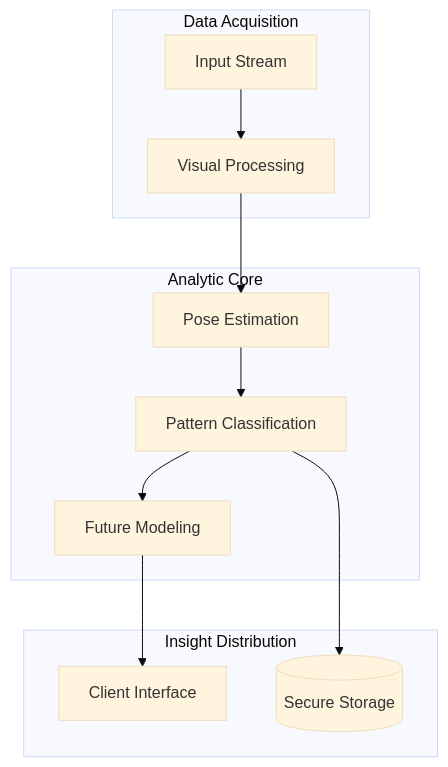
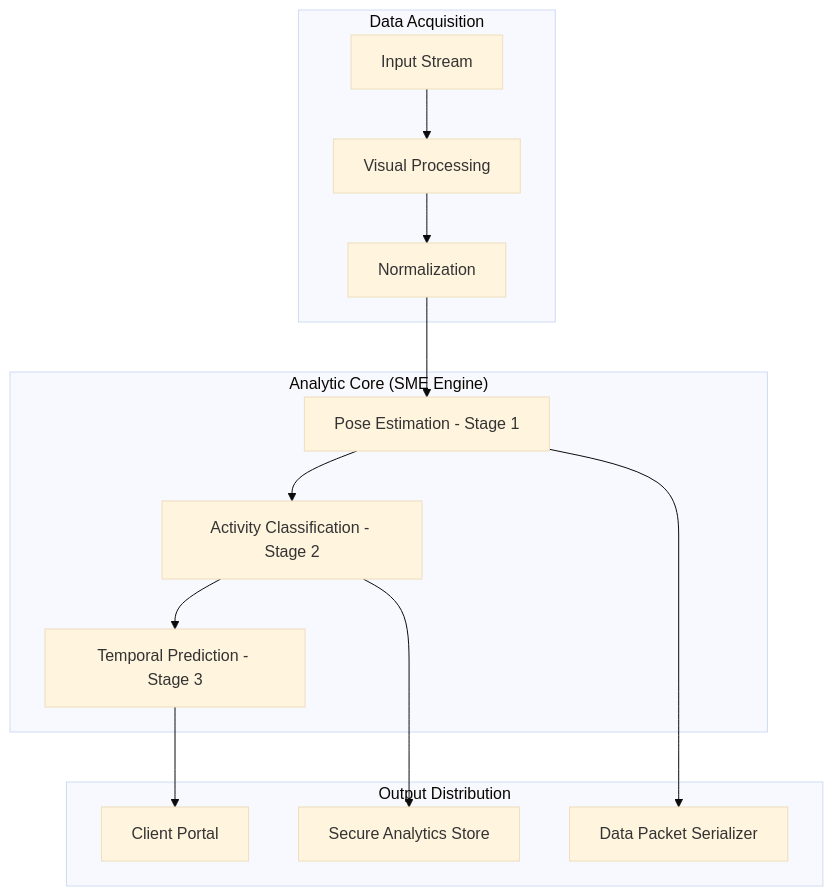
Before and after one commit to selmahacii/MotionAi: the first of 3 diagrams in README.md, drawn with Mermaid (base theme). The commit also changed other lines of this file and 37 other files, not shown here.

````diff
--- a/README.md
+++ b/README.md
@@ -12,17 +9,19 @@
 ```mermaid
 graph TD
     subgraph "Data Acquisition"
         I[Input Stream] --> V[Visual Processing]
+        V --> N[Normalization]
     end
     
-    subgraph "Analytic Core"
-        V --> PE[Pose Estimation]
-        PE --> PC[Pattern Classification]
-        PC --> FM[Future Modeling]
+    subgraph "Analytic Core (SME Engine)"
+        N --> PE[Pose Estimation - Stage 1]
+        PE --> PC[Activity Classification - Stage 2]
+        PC --> FM[Temporal Prediction - Stage 3]
     end
     
-    subgraph "Insight Distribution"
-        FM --> UI[Client Interface]
-        PC --> DB[(Secure Storage)]
+    subgraph "Output Distribution"
+        FM --> UI[Client Portal]
+        PC --> DB[Secure Analytics Store]
+        PE --> DP[Data Packet Serializer]
     end
 ```
````
